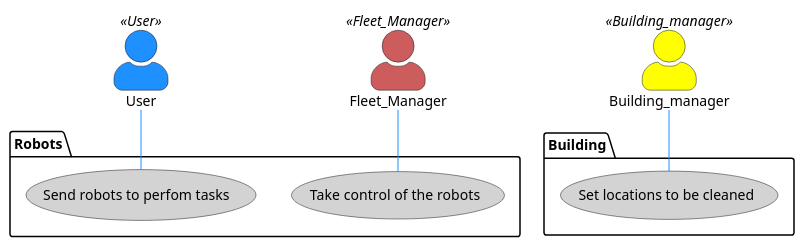
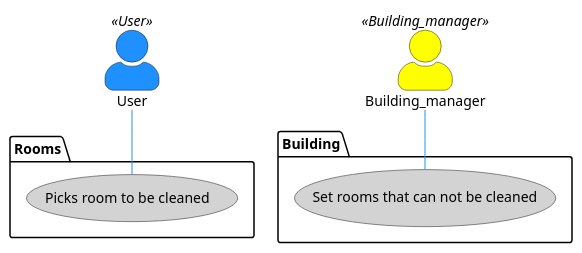
Before and after one commit to ur-cs-courses/course-project-clean-squad: the diagram in docs/design/usecases/uc3.puml, drawn with PlantUML.

```diff
--- a/docs/design/usecases/uc3.puml
+++ b/docs/design/usecases/uc3.puml
@@ -1,25 +1,21 @@
-@startuml
+@startuml usecase3
 skinparam DefaultFontName Times New Roman
 skinparam actorStyle awesome
 Actor User
 User << User >> #DodgerBlue
 
 Actor Building_manager
 Building_manager << Building_manager >> #Yellow
 
-Actor Fleet_Manager
-Fleet_Manager << Fleet_Manager >> #IndianRed
 
 package Building {
-    usecase "Set locations to be cleaned" as (set_location) #LightGrey
+    usecase "Set rooms that can not be cleaned" as (set_location) #LightGrey
 }
 
-package Robots {
-    usecase "Send robots to perfom tasks " as (robot_tasks) #LightGrey
-    usecase "Take control of the robots" as (control_robots) #LightGrey
+package Rooms {
+    usecase "Picks room to be cleaned " as (robot_tasks) #LightGrey
 }
 
 :User: -- (robot_tasks) #DodgerBlue
 :Building_manager: -- (set_location) #DodgerBlue
-:Fleet_Manager: -- (control_robots)#DodgerBlue
 @enduml
```
